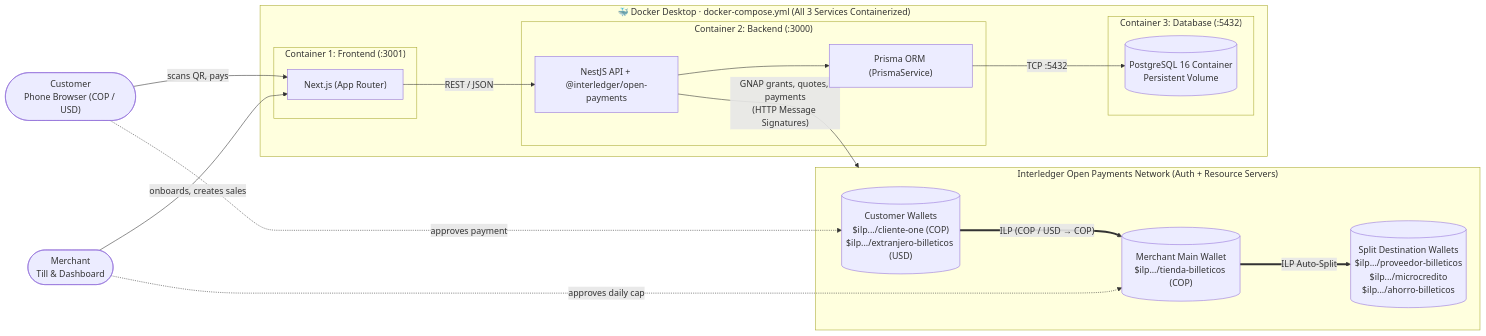
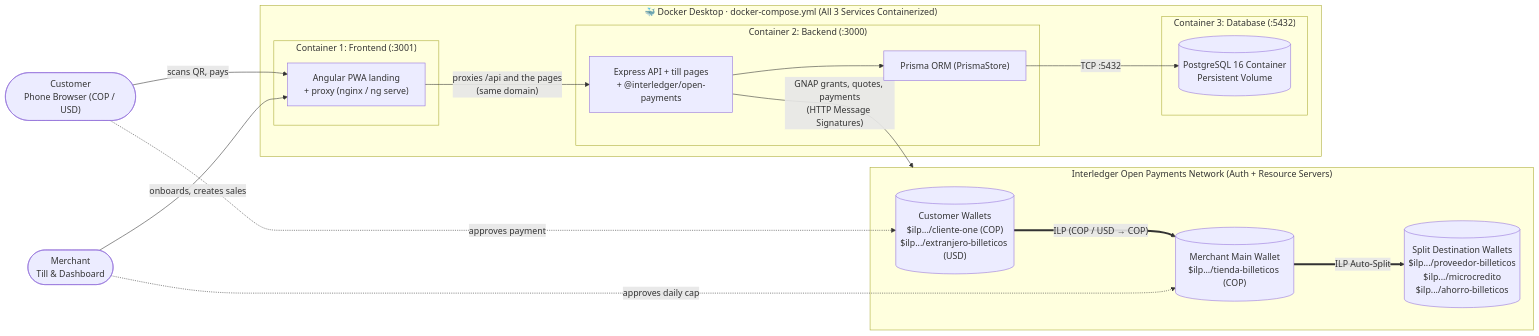
Before and after one commit to JuanMCanchala/interledger_hackathon: the first of 6 diagrams in docs/SYSTEM_DESIGN.md, drawn with Mermaid. The commit also changed other lines of this file and 8 other files, not shown here.

First line of the commit message:
docs: describe the Angular frontend and the Express backend as shipped

````diff
--- a/docs/SYSTEM_DESIGN.md
+++ b/docs/SYSTEM_DESIGN.md
@@ -41,35 +41,35 @@
 ```mermaid
 flowchart LR
   customer(["Customer<br/>Phone Browser (COP / USD)"])
   merchant(["Merchant<br/>Till & Dashboard"])
 
   subgraph MiPlante["🐳 Docker Desktop · docker-compose.yml (All 3 Services Containerized)"]
     subgraph Front["Container 1: Frontend (:3001)"]
-      frontend["Next.js (App Router)"]
+      frontend["Angular PWA landing<br/>+ proxy (nginx / ng serve)"]
     end
     subgraph Back["Container 2: Backend (:3000)"]
-      backend["NestJS API + @interledger/open-payments"]
-      prisma["Prisma ORM (PrismaService)"]
+      backend["Express API + till pages<br/>+ @interledger/open-payments"]
+      prisma["Prisma ORM (PrismaStore)"]
     end
     subgraph DockerDB["Container 3: Database (:5432)"]
       db[("PostgreSQL 16 Container<br/>Persistent Volume")]
     end
-    frontend -- "REST / JSON" --> backend
+    frontend -- "proxies /api and the pages<br/>(same domain)" --> backend
     backend --> prisma
     prisma -- "TCP :5432" --> db
   end
 
   subgraph Wallets["Interledger Open Payments Network (Auth + Resource Servers)"]
     cw[("Customer Wallets<br/>$ilp.../cliente-one (COP)<br/>$ilp.../extranjero-billeticos (USD)")]
     mw[("Merchant Main Wallet<br/>$ilp.../tienda-billeticos (COP)")]
     dw[("Split Destination Wallets<br/>$ilp.../proveedor-billeticos<br/>$ilp.../microcredito<br/>$ilp.../ahorro-billeticos")]
   end
 
   customer -- "scans QR, pays" --> frontend
   merchant -- "onboards, creates sales" --> frontend
   backend -- "GNAP grants, quotes, payments<br/>(HTTP Message Signatures)" --> Wallets
   customer -. "approves payment" .-> cw
   merchant -. "approves daily cap" .-> mw
   cw == "ILP (COP / USD → COP)" ==> mw
   mw == "ILP Auto-Split" ==> dw
 ```
````
